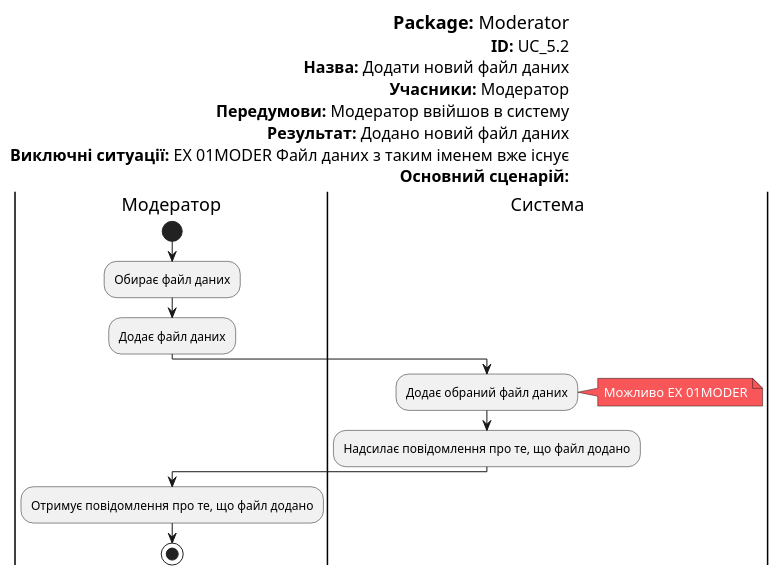
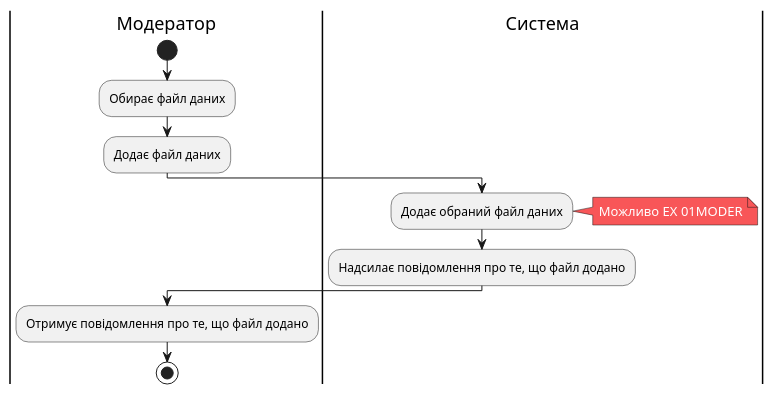
The diagram in src/uml/UC_5.2.puml (KarmazinN/db_open_data), drawn with PlantUML before and after one commit.

```diff
--- a/src/uml/UC_5.2.puml
+++ b/src/uml/UC_5.2.puml
@@ -1,40 +1,30 @@
 @startuml EditAction
 
-left header
-<font color=000 size=18><b>Package:</b> Moderator
-<font color=000 size=16><b>ID:</b> UC_5.2
-<font color=000 size=16><b>Назва:</b> Додати новий файл даних
-<font color=000 size=16><b>Учасники:</b> Модератор
-<font color=000 size=16><b>Передумови:</b> Модератор ввійшов в систему
-<font color=000 size=16><b>Результат:</b> Додано новий файл даних
-<font color=000 size=16><b>Виключні ситуації:</b> EX 01MODER Файл даних з таким іменем вже існує
-<font color=000 size=16><b>Основний сценарій:</b>
-end header
 
 skinparam	shadowing false
 skinparam Note {
 	BackgroundColor #f85658
 	FontColor #ffffff
 }
 
 
 
 |Модератор|
 start
 :Обирає файл даних;
 :Додає файл даних;
 
 
 |Система|
 :Додає обраний файл даних;
 note right
 Можливо ЕХ 01MODER
 end note
 |Система|
 :Надсилає повідомлення про те, що файл додано;
 
 |Модератор|
 :Отримує повідомлення про те, що файл додано;
 
 stop;
 @enduml
```
